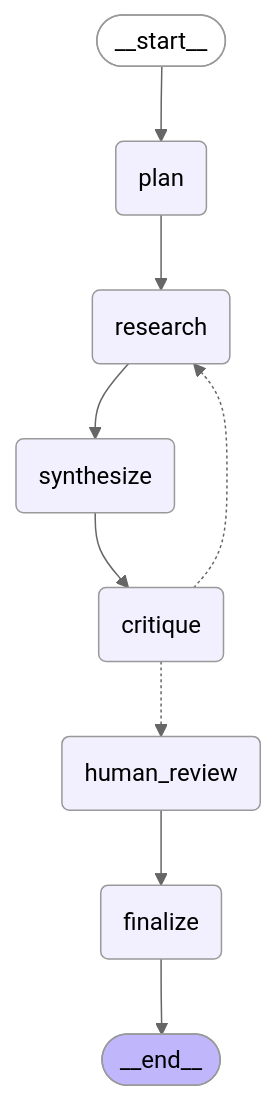
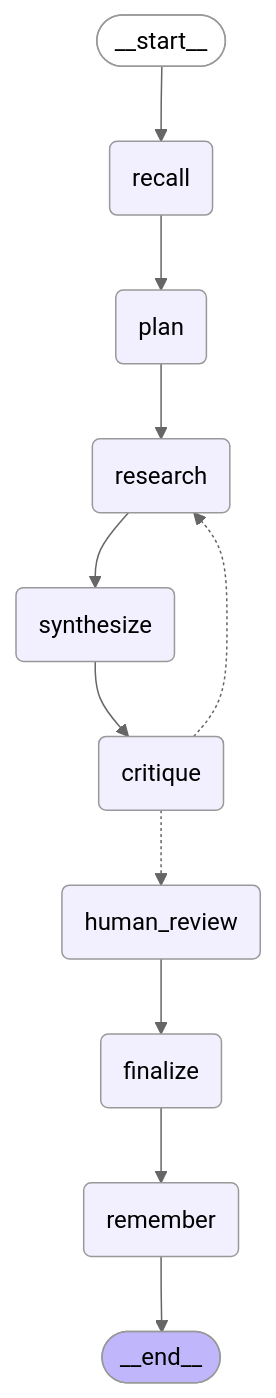
Before and after one commit to Mounikabharatha/langgraph-research-agent: the diagram in README.md, drawn with Mermaid (neutral theme). The commit also changed other lines of this file and 4 other files, not shown here.

````diff
--- a/README.md
+++ b/README.md
@@ -13,22 +13,26 @@
 ```mermaid
 graph TD;
 	__start__([__start__]):::first
+	recall(recall)
 	plan(plan)
 	research(research)
 	synthesize(synthesize)
 	critique(critique)
 	human_review(human_review)
 	finalize(finalize)
+	remember(remember)
 	__end__([__end__]):::last
-	__start__ --> plan;
+	__start__ --> recall;
+	recall --> plan;
 	critique -.-> human_review;
 	critique -.-> research;
 	human_review --> finalize;
 	plan --> research;
 	research --> synthesize;
 	synthesize --> critique;
-	finalize --> __end__;
+	finalize --> remember;
+	remember --> __end__;
 	classDef default fill:#f2f0ff,line-height:1.2
 	classDef first fill-opacity:0
 	classDef last fill:#bfb6fc
 ```
````
